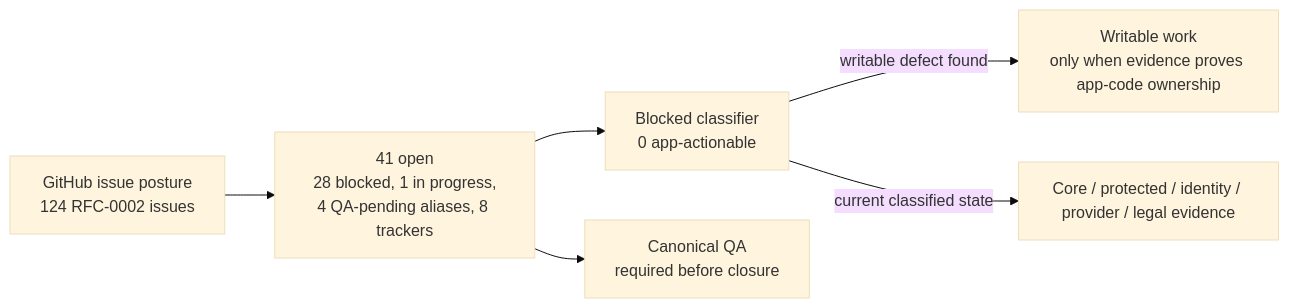
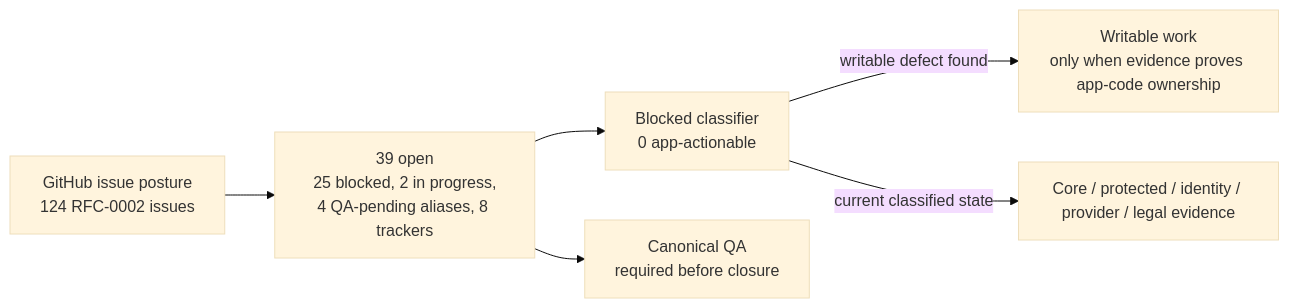
The first of 2 diagrams in wiki/RFC-0002-Execution-Status.md (sgajbi/lotus-idea), drawn with Mermaid (base theme) before and after one commit. The commit also changed other lines of this file and 11 other files, not shown here.

````diff
--- a/wiki/RFC-0002-Execution-Status.md
+++ b/wiki/RFC-0002-Execution-Status.md
@@ -39,15 +39,15 @@
 ```mermaid
 flowchart LR
     Issues["GitHub issue posture<br/>124 RFC-0002 issues"]
-    Open["41 open<br/>28 blocked, 1 in progress,<br/>4 QA-pending aliases, 8 trackers"]
+    Open["39 open<br/>25 blocked, 2 in progress,<br/>4 QA-pending aliases, 8 trackers"]
     Blocked["Blocked classifier<br/>0 app-actionable"]
     Work["Writable work<br/>only when evidence proves app-code ownership"]
     External["Core / protected / identity / provider / legal evidence"]
     QA["Canonical QA<br/>required before closure"]
 
     Issues --> Open
     Open --> Blocked
     Blocked -->|"writable defect found"| Work
     Blocked -->|"current classified state"| External
     Open --> QA
 ```
````
